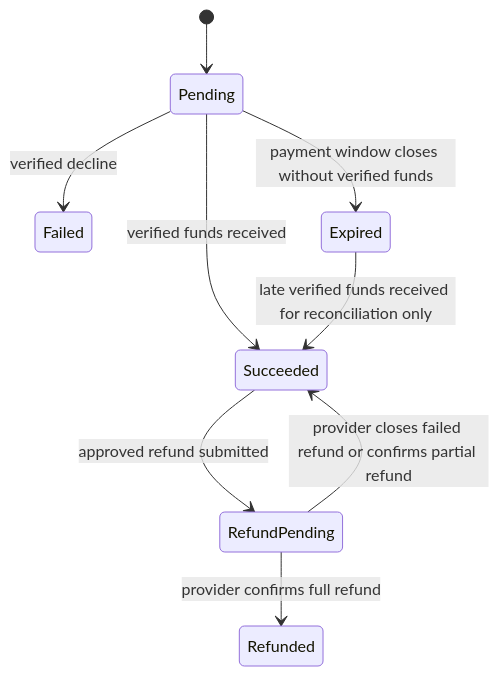
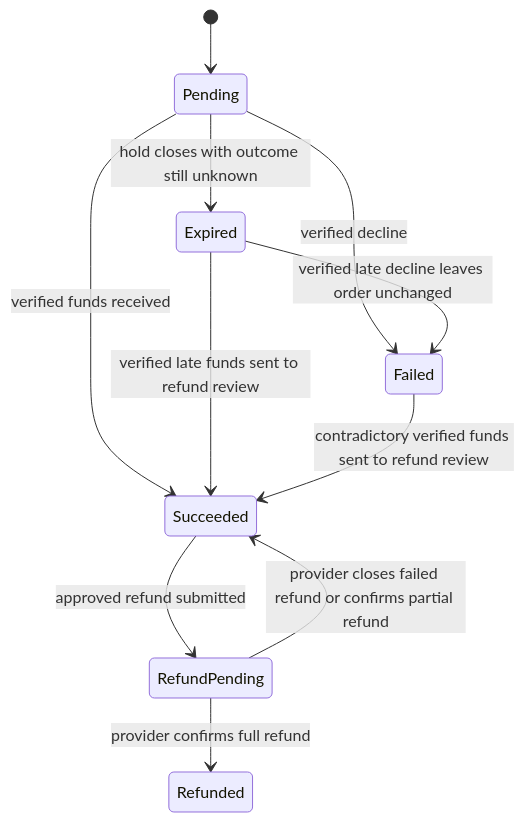
Diagram 17 of 19 in docs/05-srs/SRS.md (aunabil-abtahi/lastcall-sad), drawn with Mermaid before and after one commit. The commit also changed other lines of this file, not shown here.

Commit message:
docs: correct SRS review findings

````diff
--- a/docs/05-srs/SRS.md
+++ b/docs/05-srs/SRS.md
@@ -936,11 +1063,13 @@
 ```mermaid
 stateDiagram-v2
  [*] --> Pending
  Pending --> Succeeded : verified funds received
  Pending --> Failed : verified decline
- Pending --> Expired : payment window closes without verified funds
- Expired --> Succeeded : late verified funds received for reconciliation only
+ Pending --> Expired : hold closes with outcome still unknown
+ Expired --> Succeeded : verified late funds sent to refund review
+ Expired --> Failed : verified late decline leaves order unchanged
+ Failed --> Succeeded : contradictory verified funds sent to refund review
  Succeeded --> RefundPending : approved refund submitted
  RefundPending --> Refunded : provider confirms full refund
  RefundPending --> Succeeded : provider closes failed refund or confirms partial refund
 ```
````
